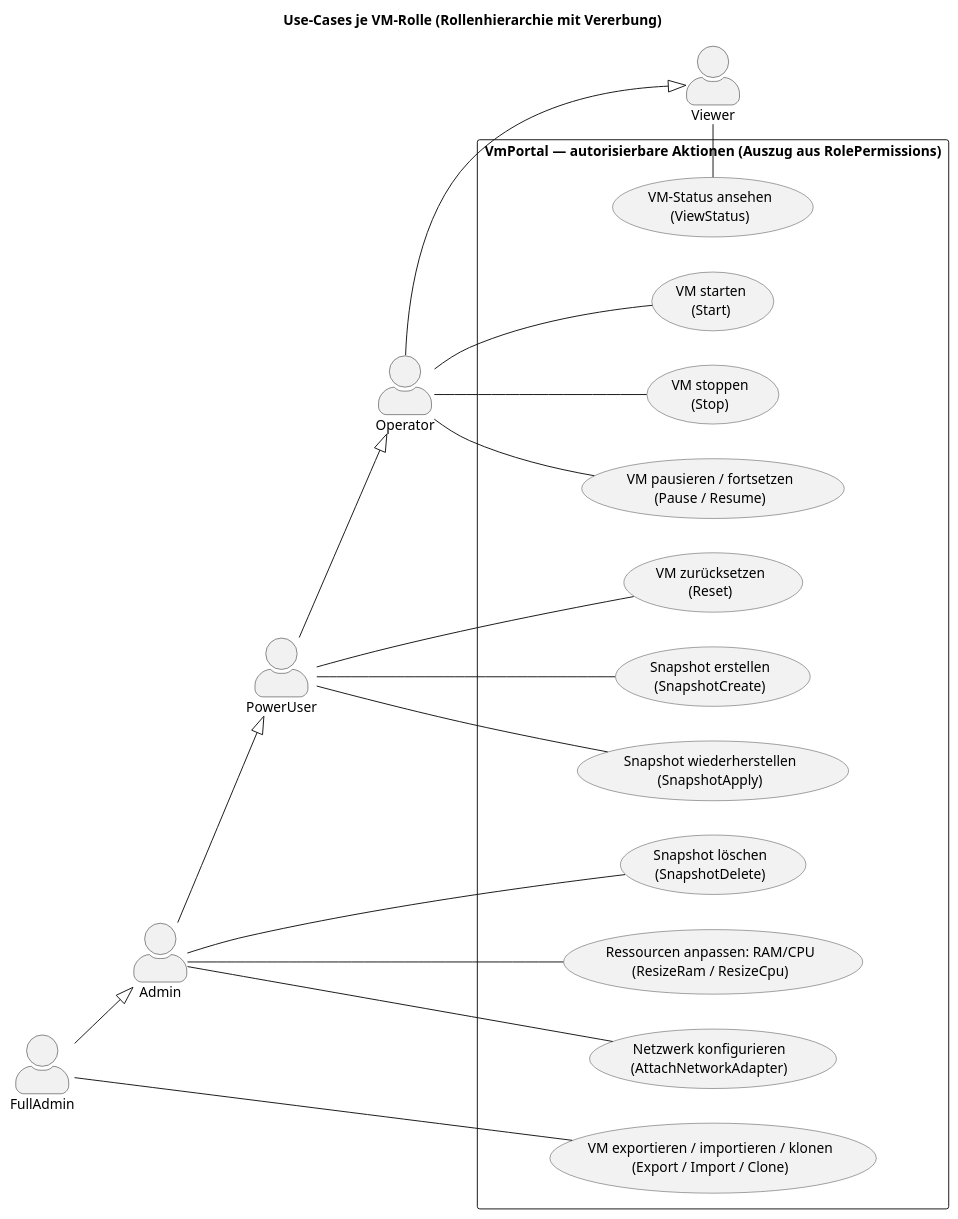
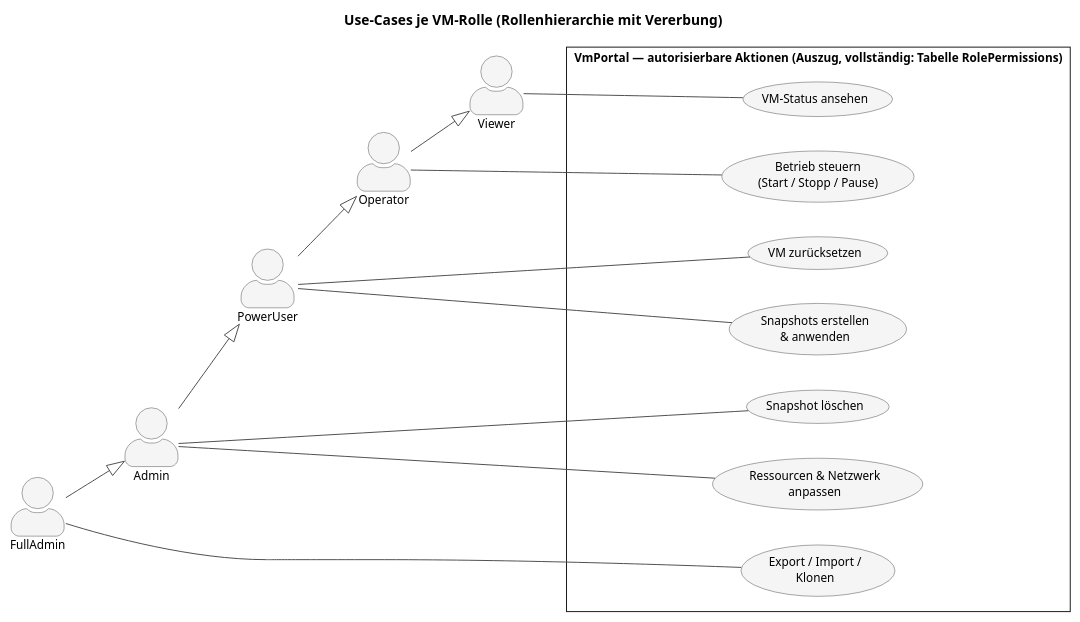
The diagram in thesis/diagrams/use_case_rollen.puml (mikaildhbw/vm-portal), drawn with PlantUML before and after one commit. The commit also changed 19 other files, not shown here.

```diff
--- a/thesis/diagrams/use_case_rollen.puml
+++ b/thesis/diagrams/use_case_rollen.puml
@@ -1,57 +1,53 @@
 @startuml use_case_rollen
 title Use-Cases je VM-Rolle (Rollenhierarchie mit Vererbung)
 left to right direction
 
 skinparam backgroundColor white
+skinparam shadowing false
+skinparam roundCorner 0
+skinparam defaultFontSize 12
 skinparam actorStyle awesome
 skinparam usecase {
-  BackgroundColor #F2F2F2
-  BorderColor #444444
+  BackgroundColor #F5F5F5
+  BorderColor #4D4D4D
+  ArrowColor #4D4D4D
+}
+skinparam actor {
+  BackgroundColor #F5F5F5
+  BorderColor #4D4D4D
 }
 
 actor Viewer
 actor Operator
 actor PowerUser
 actor Admin
 actor FullAdmin
 
 ' Rollenvererbung gemaess VmRole (Viewer=0 < Operator=1 < PowerUser=2 < Admin=3 < FullAdmin=4):
 ' eine hoehere Rolle erbt alle Rechte der niedrigeren Rolle.
 Operator --|> Viewer
 PowerUser --|> Operator
 Admin --|> PowerUser
 FullAdmin --|> Admin
 
-rectangle "VmPortal — autorisierbare Aktionen (Auszug aus RolePermissions)" {
-  usecase "VM-Status ansehen\n(ViewStatus)" as UC_View
-  usecase "VM starten\n(Start)" as UC_Start
-  usecase "VM stoppen\n(Stop)" as UC_Stop
-  usecase "VM pausieren / fortsetzen\n(Pause / Resume)" as UC_Pause
-  usecase "VM zurücksetzen\n(Reset)" as UC_Reset
-  usecase "Snapshot erstellen\n(SnapshotCreate)" as UC_SnapCreate
-  usecase "Snapshot wiederherstellen\n(SnapshotApply)" as UC_SnapApply
-  usecase "Snapshot löschen\n(SnapshotDelete)" as UC_SnapDelete
-  usecase "Ressourcen anpassen: RAM/CPU\n(ResizeRam / ResizeCpu)" as UC_Resize
-  usecase "Netzwerk konfigurieren\n(AttachNetworkAdapter)" as UC_Network
-  usecase "VM exportieren / importieren / klonen\n(Export / Import / Clone)" as UC_ExportImport
+rectangle "VmPortal — autorisierbare Aktionen (Auszug, vollständig: Tabelle RolePermissions)" {
+  usecase "VM-Status ansehen" as UC_View
+  usecase "Betrieb steuern\n(Start / Stopp / Pause)" as UC_Betrieb
+  usecase "VM zurücksetzen" as UC_Reset
+  usecase "Snapshots erstellen\n& anwenden" as UC_Snap
+  usecase "Snapshot löschen" as UC_SnapDelete
+  usecase "Ressourcen & Netzwerk\nanpassen" as UC_Resize
+  usecase "Export / Import /\nKlonen" as UC_ExportImport
 }
 
 ' Jeder Use Case ist an die jeweils niedrigste berechtigte Rolle geknüpft;
 ' hoehere Rollen erhalten das Recht ausschliesslich ueber die Aktorvererbung oben.
 Viewer -- UC_View
-
-Operator -- UC_Start
-Operator -- UC_Stop
-Operator -- UC_Pause
-
+Operator -- UC_Betrieb
 PowerUser -- UC_Reset
-PowerUser -- UC_SnapCreate
-PowerUser -- UC_SnapApply
-
+PowerUser -- UC_Snap
 Admin -- UC_SnapDelete
 Admin -- UC_Resize
-Admin -- UC_Network
-
 FullAdmin -- UC_ExportImport
 
 @enduml
```
